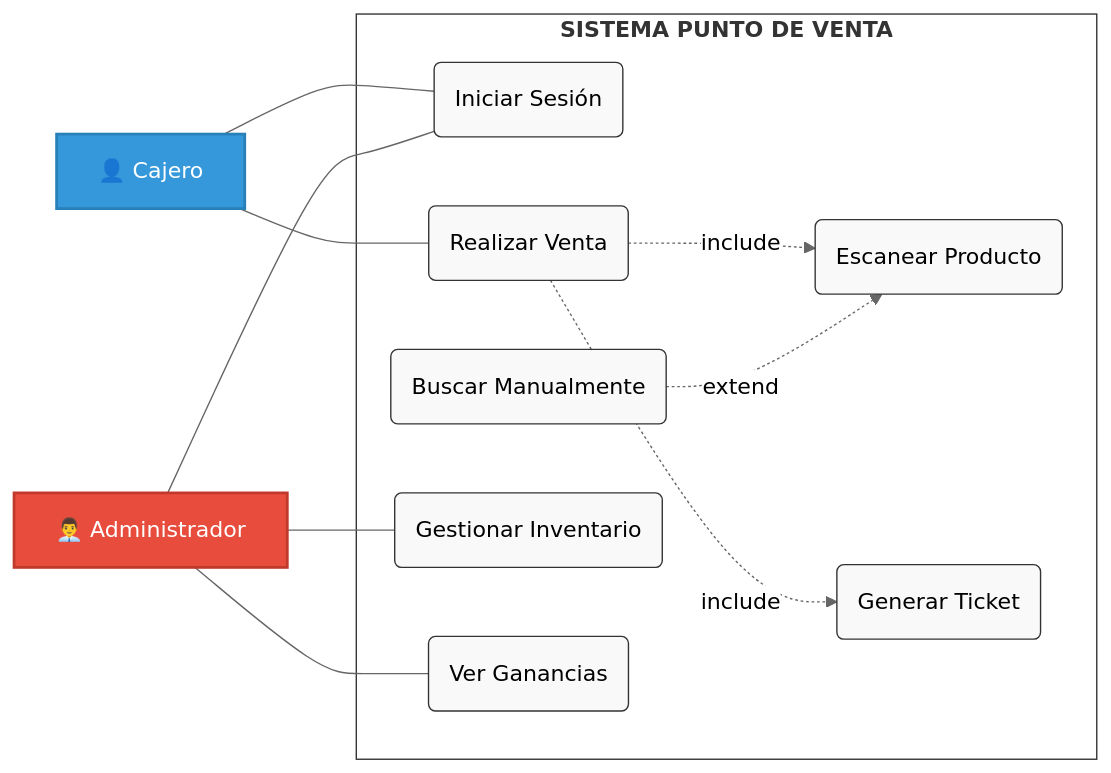
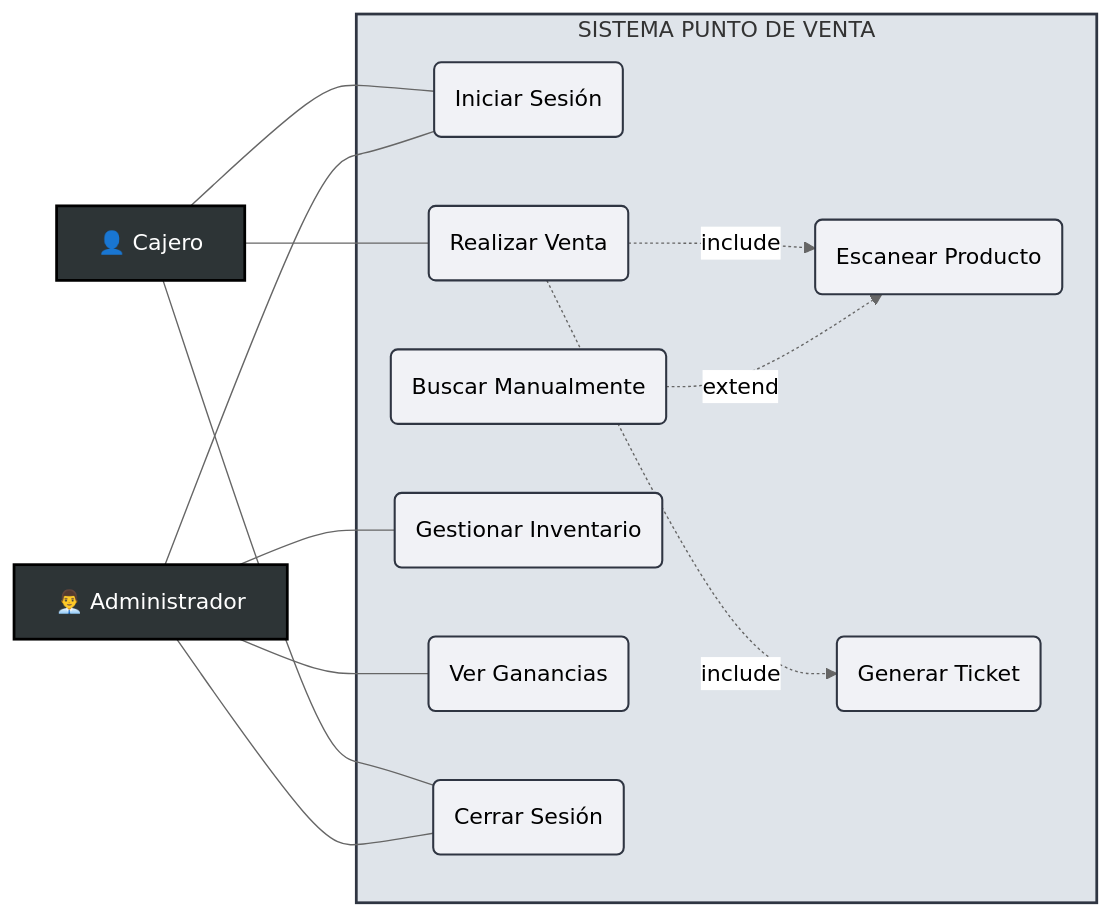
Before and after one commit to jose23070088-oss/Documentaci-n-Proyecto: the diagram in README.md, drawn with Mermaid (neutral theme).

````diff
--- a/README.md
+++ b/README.md
@@ -179,37 +179,40 @@
 ```mermaid
 graph LR
-    %% Definición de Estilos
-    classDef cajeroStyle fill:#3498db,stroke:#2980b9,color:#fff,stroke-width:2px;
-    classDef adminStyle fill:#e74c3c,stroke:#c0392b,color:#fff,stroke-width:2px;
-    classDef caseStyle fill:#f9f9f9,stroke:#333,stroke-width:1px;
+    %% Configuración de Colores y Contraste
+    classDef actorStyle fill:#2d3436,stroke:#000,color:#fff,stroke-width:2px;
+    classDef caseStyle fill:#f1f2f6,stroke:#2f3542,color:#000,stroke-width:1.5px;
+    classDef systemStyle fill:#ffffff,stroke:#2f3542,stroke-width:3px,color:#000;
 
-    %% Actores
-    C[👤 Cajero]:::cajeroStyle
-    A[👨‍💼 Administrador]:::adminStyle
+    %% Definición de Actores con Iconos
+    C[👤 Cajero]:::actorStyle
+    A[👨‍💼 Administrador]:::actorStyle
 
-    subgraph Sistema ["<b>SISTEMA PUNTO DE VENTA</b>"]
+    subgraph Sistema ["SISTEMA PUNTO DE VENTA"]
         UC1(Iniciar Sesión):::caseStyle
         UC2(Realizar Venta):::caseStyle
         UC3(Escanear Producto):::caseStyle
         UC4(Buscar Manualmente):::caseStyle
         UC5(Generar Ticket):::caseStyle
         UC6(Gestionar Inventario):::caseStyle
         UC7(Ver Ganancias):::caseStyle
+        UC8(Cerrar Sesión):::caseStyle
     end
 
-    %% Relaciones de Actores
+    %% Relaciones Principales
     C --- UC1
     C --- UC2
-    
+    C --- UC8
+
     A --- UC1
     A --- UC6
     A --- UC7
+    A --- UC8
 
-    %% Relaciones Técnicas
+    %% Relaciones de Dependencia
     UC2 -.->|include| UC3
     UC2 -.->|include| UC5
     UC4 -.->|extend| UC3
 
-    %% Ajustes de diseño
-    style Sistema fill:#fff,stroke:#333,stroke-width:2px3
+    %% Aplicar estilo al contenedor
+    style Sistema fill:#dfe4ea,stroke:#2f3542,stroke-width:2px
 ```
````
